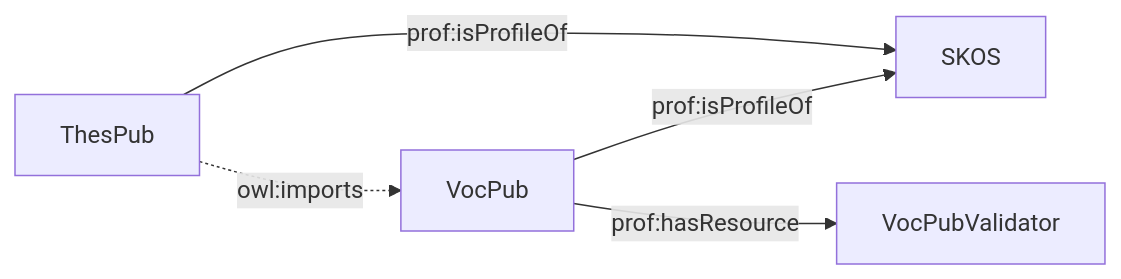
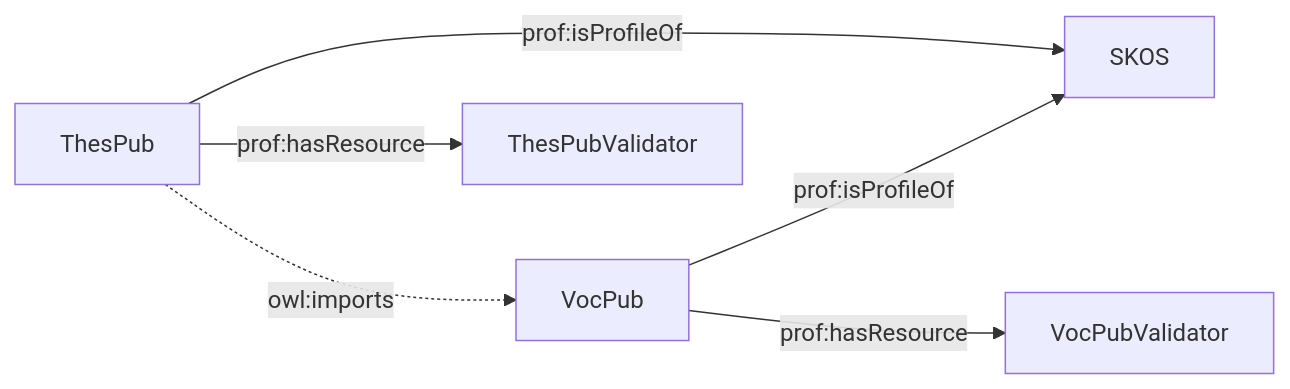
Before and after one commit to leskneebone/thespub: the second of 2 diagrams in README.md, drawn with Mermaid.

````diff
--- a/README.md
+++ b/README.md
@@ -35,7 +35,8 @@
 ```mermaid
 flowchart LR
   ThesPub -->|prof:isProfileOf| SKOS
   VocPub -->|prof:isProfileOf| SKOS
   ThesPub -.->|owl:imports| VocPub
   VocPub -->|prof:hasResource| VocPubValidator
+  ThesPub -->|prof:hasResource| ThesPubValidator
 ```
````
